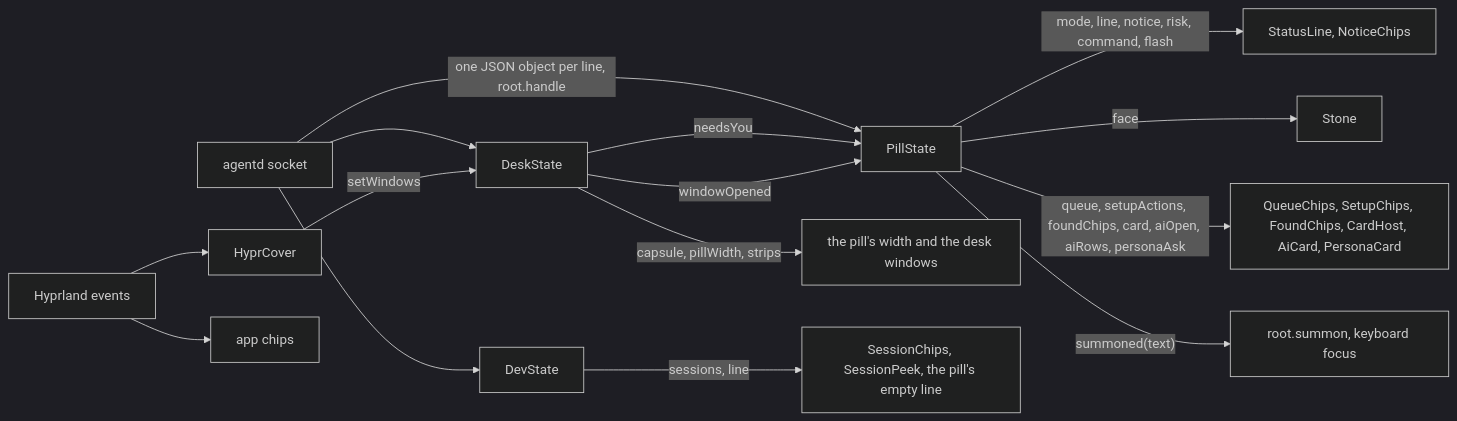
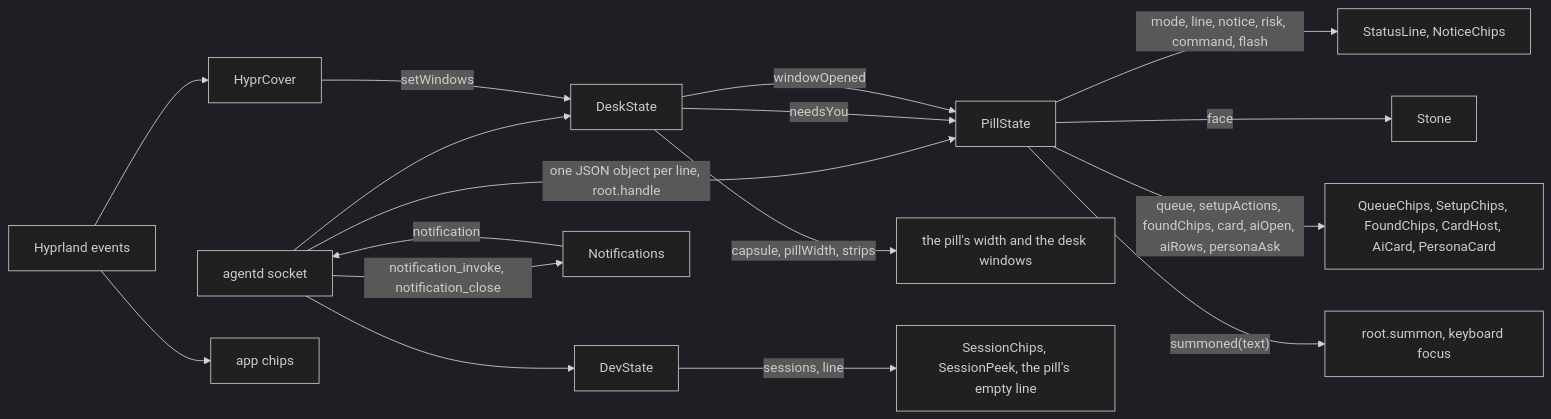
The first of 3 diagrams in docs/architecture/shell.md (thedefaultman/Bombadil), drawn with Mermaid (dark theme) before and after one commit. The commit also changed other lines of this file and 10 other files, not shown here.

````diff
--- a/docs/architecture/shell.md
+++ b/docs/architecture/shell.md
@@ -12,17 +12,19 @@
 ```mermaid
 flowchart LR
     agentd["agentd socket"] -->|"one JSON object per line, root.handle"| pill["PillState"]
     agentd --> desk["DeskState"]
     agentd --> dev["DevState"]
+    agentd -->|"notification_invoke, notification_close"| notif["Notifications"]
+    notif -->|"notification"| agentd
     pill -->|"mode, line, notice, risk, command, flash"| line["StatusLine, NoticeChips"]
     pill -->|"face"| stone["Stone"]
     pill -->|"queue, setupActions, foundChips, card, aiOpen, aiRows, personaAsk"| chips["QueueChips, SetupChips, FoundChips, CardHost, AiCard, PersonaCard"]
     pill -->|"summoned(text)"| focus["root.summon, keyboard focus"]
     desk -->|"needsYou"| pill
     desk -->|"windowOpened"| pill
     desk -->|"capsule, pillWidth, strips"| bar["the pill's width and the desk windows"]
     dev -->|"sessions, line"| dots["SessionChips, SessionPeek, the pill's empty line"]
     hypr["Hyprland events"] --> cover["HyprCover"]
     cover -->|"setWindows"| desk
     hypr --> appchips["app chips"]
 ```
````
